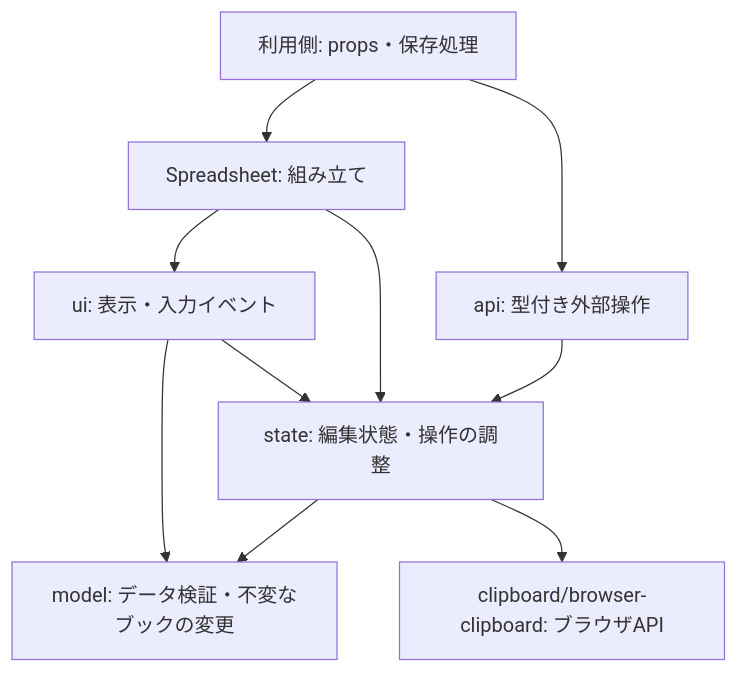
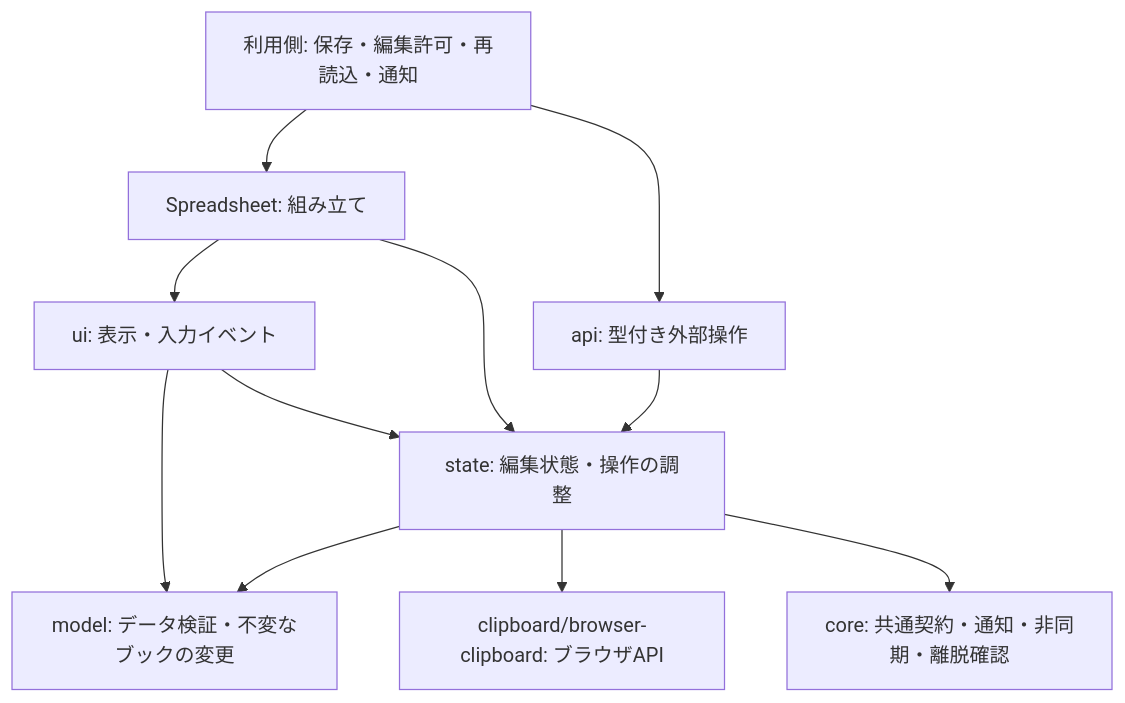
Before and after one commit to sunu-py-jp/LikeX: the diagram in packages/spreadsheet/src/docs/architecture.md, drawn with Mermaid. The commit also changed other lines of this file and 93 other files, not shown here.

Commit message:
feat: share core contracts and inject spreadsheet lifecycle

````diff
--- a/packages/spreadsheet/src/docs/architecture.md
+++ b/packages/spreadsheet/src/docs/architecture.md
@@ -9,12 +9,13 @@
 ```mermaid
 flowchart TD
-  Host[利用側: props・保存処理] --> Component[Spreadsheet: 組み立て]
+  Host[利用側: 保存・編集許可・再読込・通知] --> Component[Spreadsheet: 組み立て]
   Host --> Handle[api: 型付き外部操作]
   Handle --> State
   Component --> UI[ui: 表示・入力イベント]
   Component --> State[state: 編集状態・操作の調整]
   UI --> State
   State --> Model[model: データ検証・不変なブックの変更]
   UI --> Model
   State --> Clipboard[clipboard/browser-clipboard: ブラウザAPI]
+  State --> Core[core: 共通契約・通知・非同期・離脱確認]
 ```
````
